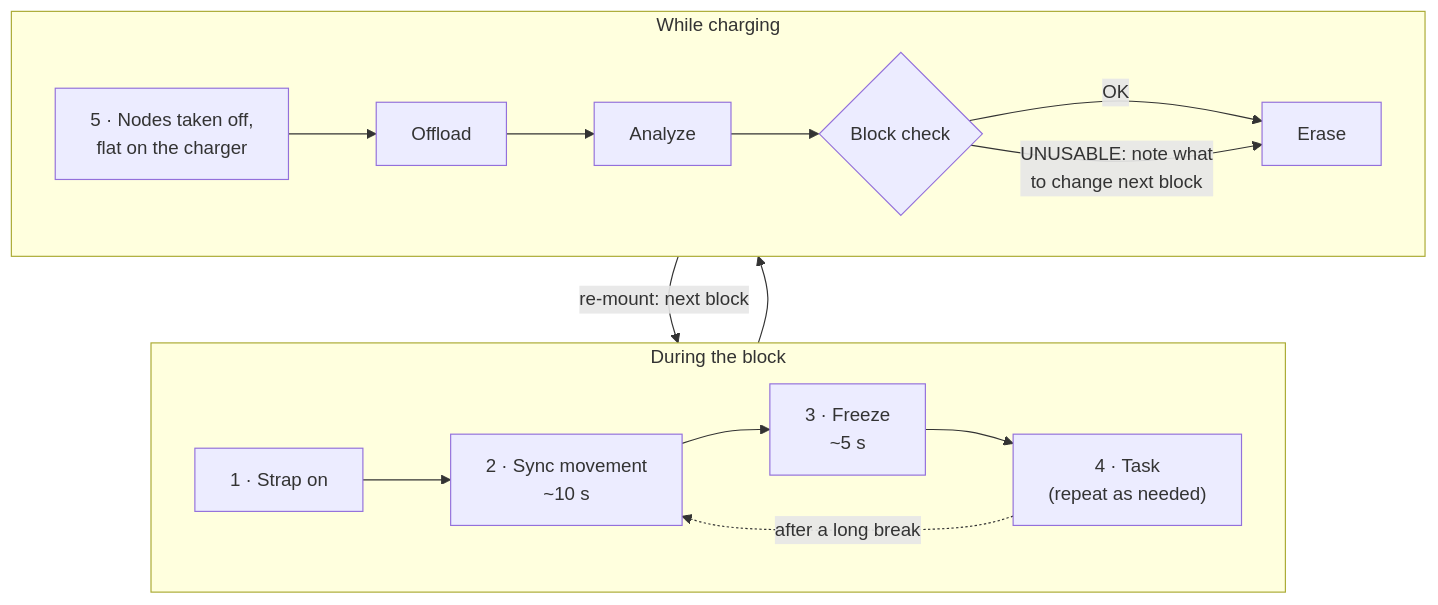
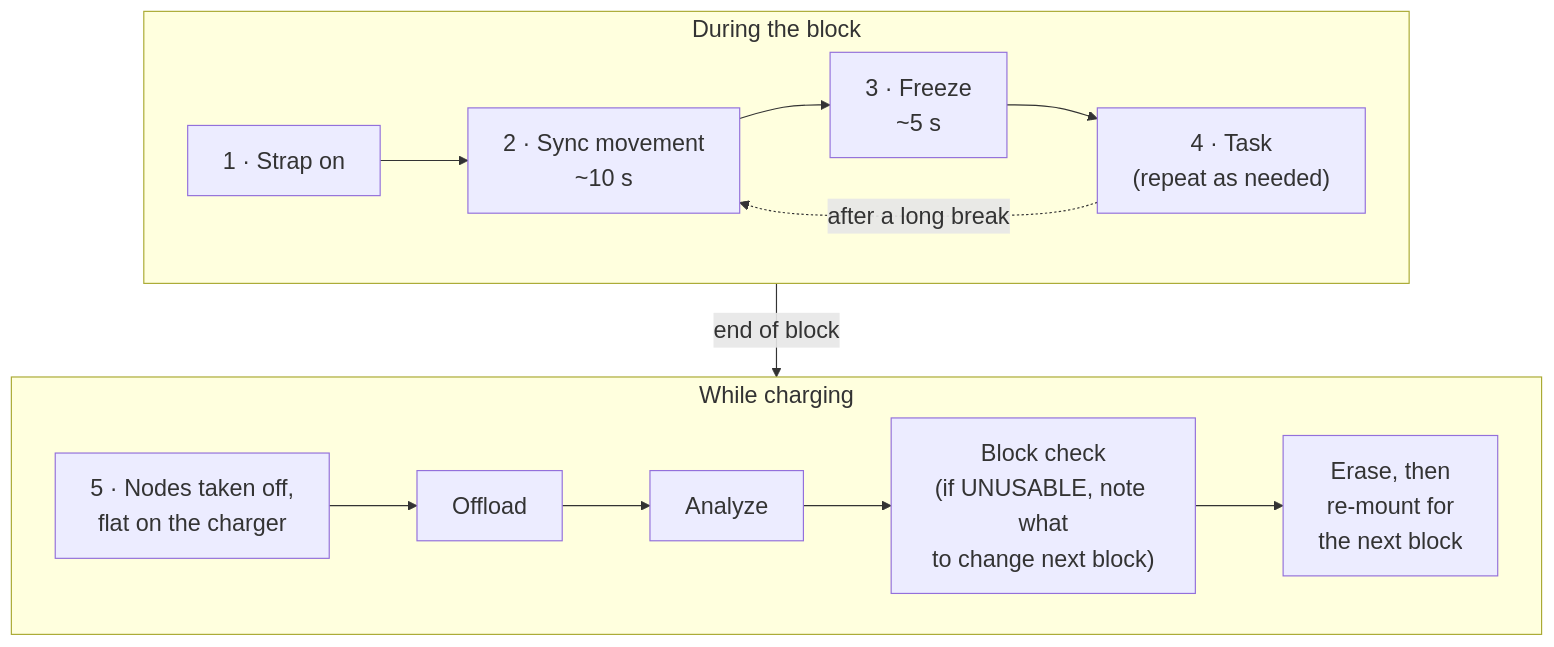
Before and after one commit to Jamie215/HULC_motionshirt: the second of 3 diagrams in docs/SOP.md, drawn with Mermaid. The commit also changed other lines of this file, not shown here.

````diff
--- a/docs/SOP.md
+++ b/docs/SOP.md
@@ -375,16 +380,14 @@
 ```mermaid
+%%{init: {"themeVariables": {"fontSize": "20px"}}}%%
 flowchart TB
     subgraph B["During the block"]
         direction LR
         S["1 · Strap on"] --> Y["2 · Sync movement<br/>~10 s"] --> F["3 · Freeze<br/>~5 s"] --> T["4 · Task<br/>(repeat as needed)"]
         T -. "after a long break" .-> Y
     end
     subgraph CH["While charging"]
         direction LR
-        O["5 · Nodes taken off,<br/>flat on the charger"] --> OF["Offload"] --> A["Analyze"] --> C{"Block check"}
-        C -- OK --> E["Erase"]
-        C -- "UNUSABLE: note what<br/>to change next block" --> E
+        O["5 · Nodes taken off,<br/>flat on the charger"] --> OF["Offload"] --> A["Analyze"] --> C["Block check<br/>(if UNUSABLE, note what<br/>to change next block)"] --> E["Erase, then<br/>re-mount for<br/>the next block"]
     end
-    T --> O
-    E -- "re-mount: next block" --> S
+    B -- "end of block" --> CH
 ```
````
